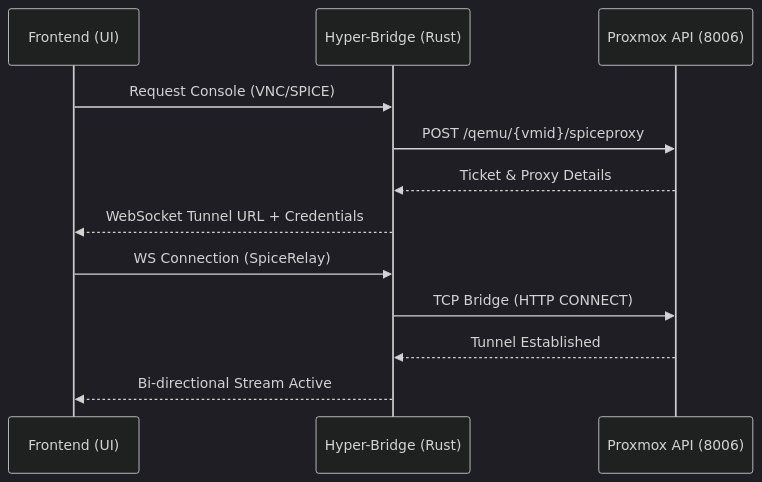
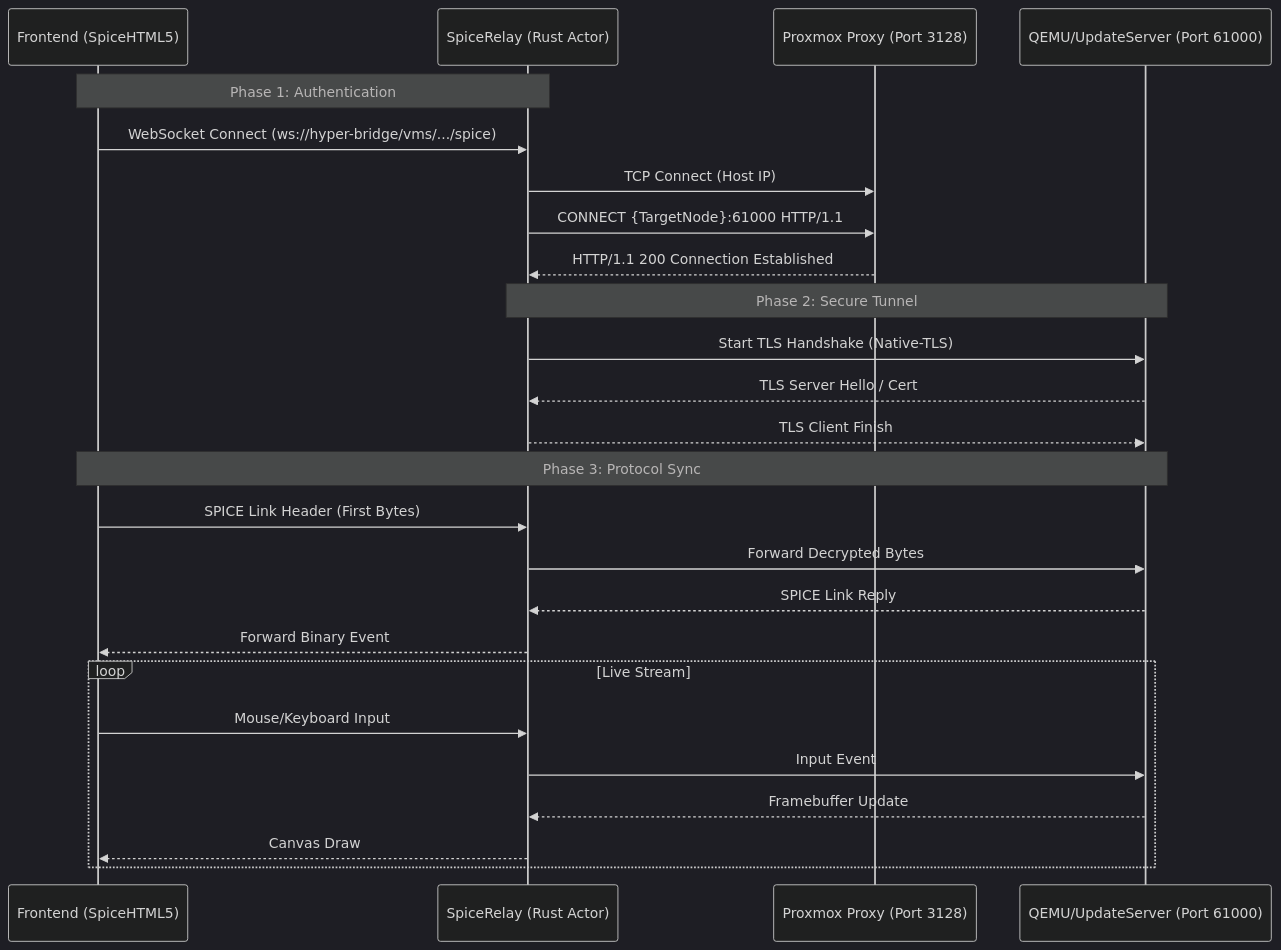
One commit to Sagz9000/TheVooDooBox changed the diagram in docs/10_VNC_SPICE_INTEGRATION.md. Above: the diagram before and after it, drawn with Mermaid (dark theme). The commit also changed 2 other files, not shown here.

Commit message:
docs: huge update to diagrams in Ghidra, SPICE, and MCP docs to match codebase reality

````diff
--- a/docs/10_VNC_SPICE_INTEGRATION.md
+++ b/docs/10_VNC_SPICE_INTEGRATION.md
@@ -12,15 +12,31 @@
 ```mermaid
 sequenceDiagram
-    participant Analyst as Frontend (UI)
-    participant Bridge as Hyper-Bridge (Rust)
-    participant PVE as Proxmox API (8006)
+    participant Browser as Frontend (SpiceHTML5)
+    participant Relay as SpiceRelay (Rust Actor)
+    participant PVE_Proxy as Proxmox Proxy (Port 3128)
+    participant VM as QEMU/UpdateServer (Port 61000)
 
-    Analyst->>Bridge: Request Console (VNC/SPICE)
-    Bridge->>PVE: POST /qemu/{vmid}/spiceproxy
-    PVE-->>Bridge: Ticket & Proxy Details
-    Bridge-->>Analyst: WebSocket Tunnel URL + Credentials
-    Analyst->>Bridge: WS Connection (SpiceRelay)
-    Bridge->>PVE: TCP Bridge (HTTP CONNECT)
-    PVE-->>Bridge: Tunnel Established
-    Bridge-->>Analyst: Bi-directional Stream Active
+    Note over Browser, Relay: Phase 1: Authentication
+    Browser->>Relay: WebSocket Connect (ws://hyper-bridge/vms/.../spice)
+    Relay->>PVE_Proxy: TCP Connect (Host IP)
+    Relay->>PVE_Proxy: CONNECT {TargetNode}:61000 HTTP/1.1
+    PVE_Proxy-->>Relay: HTTP/1.1 200 Connection Established
+
+    Note over Relay, VM: Phase 2: Secure Tunnel
+    Relay->>VM: Start TLS Handshake (Native-TLS)
+    VM-->>Relay: TLS Server Hello / Cert
+    Relay-->>VM: TLS Client Finish
+    
+    Note over Browser, VM: Phase 3: Protocol Sync
+    Browser->>Relay: SPICE Link Header (First Bytes)
+    Relay->>VM: Forward Decrypted Bytes
+    VM-->>Relay: SPICE Link Reply
+    Relay-->>Browser: Forward Binary Event
+    
+    loop Live Stream
+        Browser->>Relay: Mouse/Keyboard Input
+        Relay->>VM: Input Event
+        VM-->>Relay: Framebuffer Update
+        Relay-->>Browser: Canvas Draw
+    end
 ```
````
